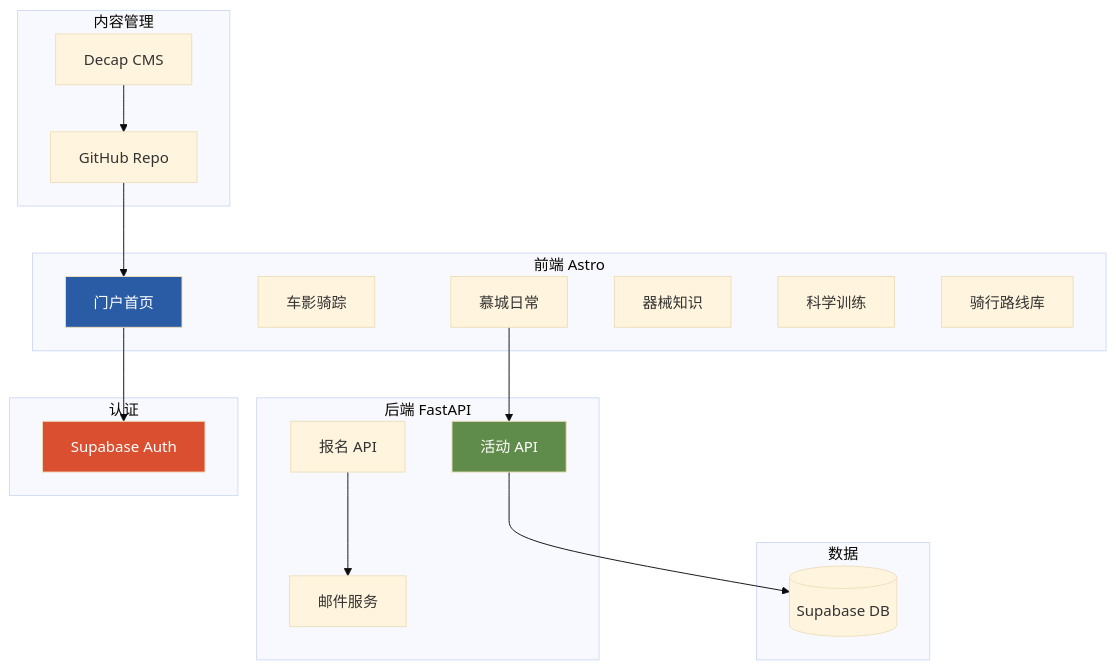
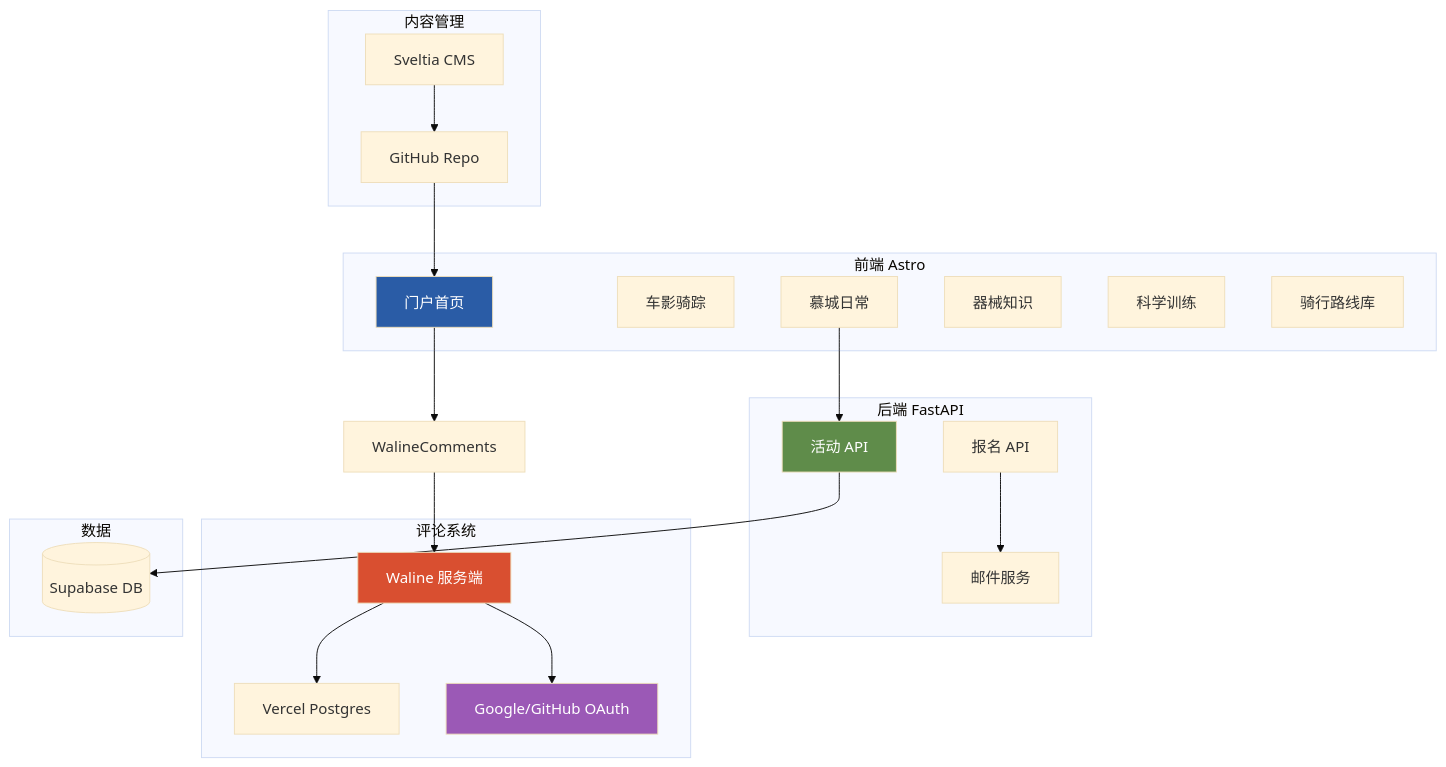
The diagram in docs/architecture_rebuild_master.md (GenLI3202/acc_clubhub), drawn with Mermaid (base theme) before and after one commit. The commit also changed other lines of this file and 6 other files, not shown here.

````diff
--- a/docs/architecture_rebuild_master.md
+++ b/docs/architecture_rebuild_master.md
@@ -25,39 +25,45 @@
 ```mermaid
 graph TB
     subgraph "前端 Astro"
         A[门户首页]
         B[车影骑踪]
         C[慕城日常]
         D[器械知识]
         E[科学训练]
         F[骑行路线库]
     end
-    
+
     subgraph "内容管理"
-        G[Decap CMS]
+        G[Sveltia CMS]
         H[GitHub Repo]
     end
-    
+
     subgraph "后端 FastAPI"
         I[活动 API]
         J[报名 API]
         K[邮件服务]
     end
-    
-    subgraph "认证"
-        L[Supabase Auth]
+
+    subgraph "评论系统"
+        L[Waline 服务端]
+        M[Vercel Postgres]
+        N[Google/GitHub OAuth]
     end
-    
+
     subgraph "数据"
-        M[(Supabase DB)]
+        O[(Supabase DB)]
     end
-    
-    A --> L
-    C --> I --> M
+
+    A --> WalineComments
+    C --> I --> O
     G --> H --> A
     J --> K
-    
+    WalineComments --> L
+    L --> M
+    L --> N
+
     style A fill:#2A5CA6,color:white
     style I fill:#5F8C4A,color:white
     style L fill:#D94F30,color:white
+    style N fill:#9B59B6,color:white
 ```
````
